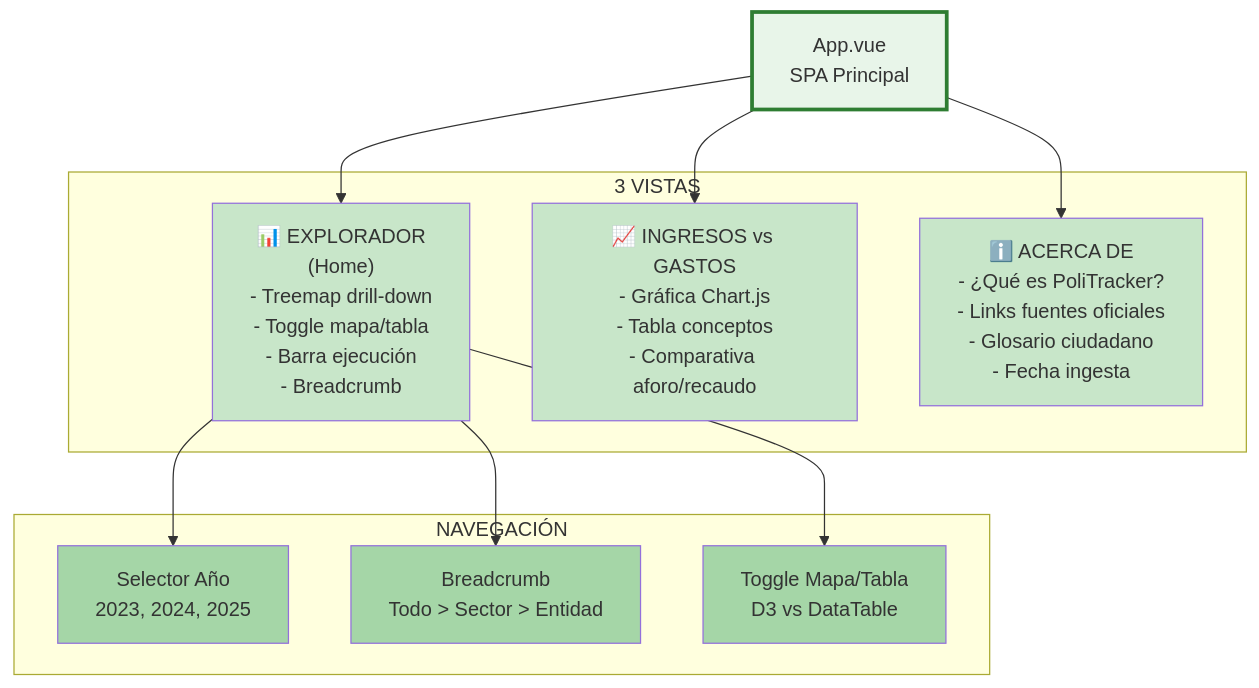
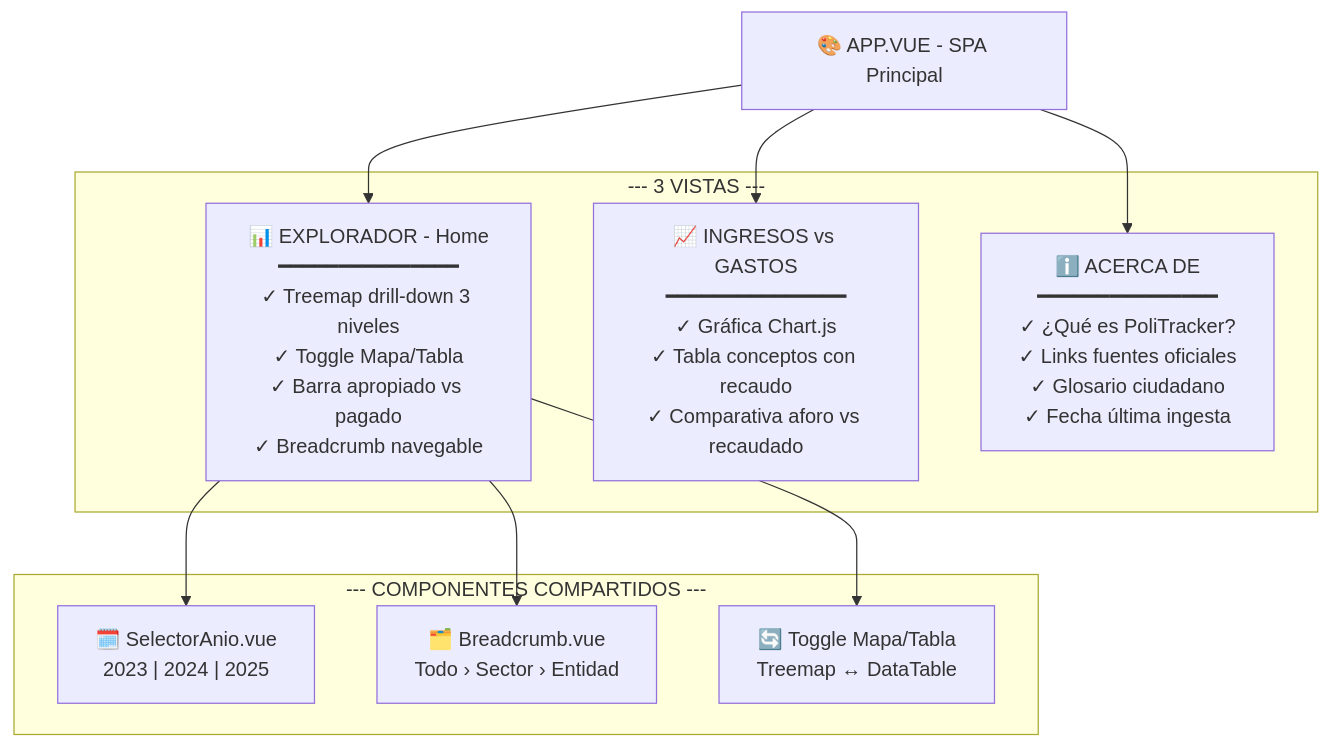
Before and after one commit to Bayonati/PoliTracker: the fourth of 6 diagrams in ARQUITECTURA.md, drawn with Mermaid. The commit also changed other lines of this file, not shown here.

First line of the commit message:
fix: Mejorar diagrama Mermaid - sin estilos CSS

````diff
--- a/ARQUITECTURA.md
+++ b/ARQUITECTURA.md
@@ -168,34 +162,26 @@
 ```mermaid
 graph TD
-    APP["App.vue<br/>SPA Principal"]
+    APP["🎨 APP.VUE - SPA Principal"]
     
-    subgraph VISTAS["3 VISTAS"]
-        V1["📊 EXPLORADOR<br/>(Home)<br/>- Treemap drill-down<br/>- Toggle mapa/tabla<br/>- Barra ejecución<br/>- Breadcrumb"]
+    subgraph VISTAS["--- 3 VISTAS ---"]
+        V1["📊 EXPLORADOR - Home<br/>━━━━━━━━━━━━━━━<br/>✓ Treemap drill-down 3 niveles<br/>✓ Toggle Mapa/Tabla<br/>✓ Barra apropiado vs pagado<br/>✓ Breadcrumb navegable"]
         
-        V2["📈 INGRESOS vs GASTOS<br/>- Gráfica Chart.js<br/>- Tabla conceptos<br/>- Comparativa aforo/recaudo"]
+        V2["📈 INGRESOS vs GASTOS<br/>━━━━━━━━━━━━━━━<br/>✓ Gráfica Chart.js<br/>✓ Tabla conceptos con recaudo<br/>✓ Comparativa aforo vs recaudado"]
         
-        V3["ℹ️ ACERCA DE<br/>- ¿Qué es PoliTracker?<br/>- Links fuentes oficiales<br/>- Glosario ciudadano<br/>- Fecha ingesta"]
+        V3["ℹ️ ACERCA DE<br/>━━━━━━━━━━━━━━━<br/>✓ ¿Qué es PoliTracker?<br/>✓ Links fuentes oficiales<br/>✓ Glosario ciudadano<br/>✓ Fecha última ingesta"]
     end
     
-    subgraph NAVEGACION["NAVEGACIÓN"]
-        N1["Selector Año<br/>2023, 2024, 2025"]
-        N2["Breadcrumb<br/>Todo > Sector > Entidad"]
-        N3["Toggle Mapa/Tabla<br/>D3 vs DataTable"]
+    subgraph NAVEGACION["--- COMPONENTES COMPARTIDOS ---"]
+        N1["🗓️ SelectorAnio.vue<br/>2023 | 2024 | 2025"]
+        N2["🗂️ Breadcrumb.vue<br/>Todo › Sector › Entidad"]
+        N3["🔄 Toggle Mapa/Tabla<br/>Treemap ↔ DataTable"]
     end
     
     APP --> V1
     APP --> V2
     APP --> V3
     
     V1 --> N1
     V1 --> N2
     V1 --> N3
-    
-    style APP fill:#e8f5e9,stroke:#2e7d32,stroke-width:3px
-    style V1 fill:#c8e6c9
-    style V2 fill:#c8e6c9
-    style V3 fill:#c8e6c9
-    style N1 fill:#a5d6a7
-    style N2 fill:#a5d6a7
-    style N3 fill:#a5d6a7
 ```
````
